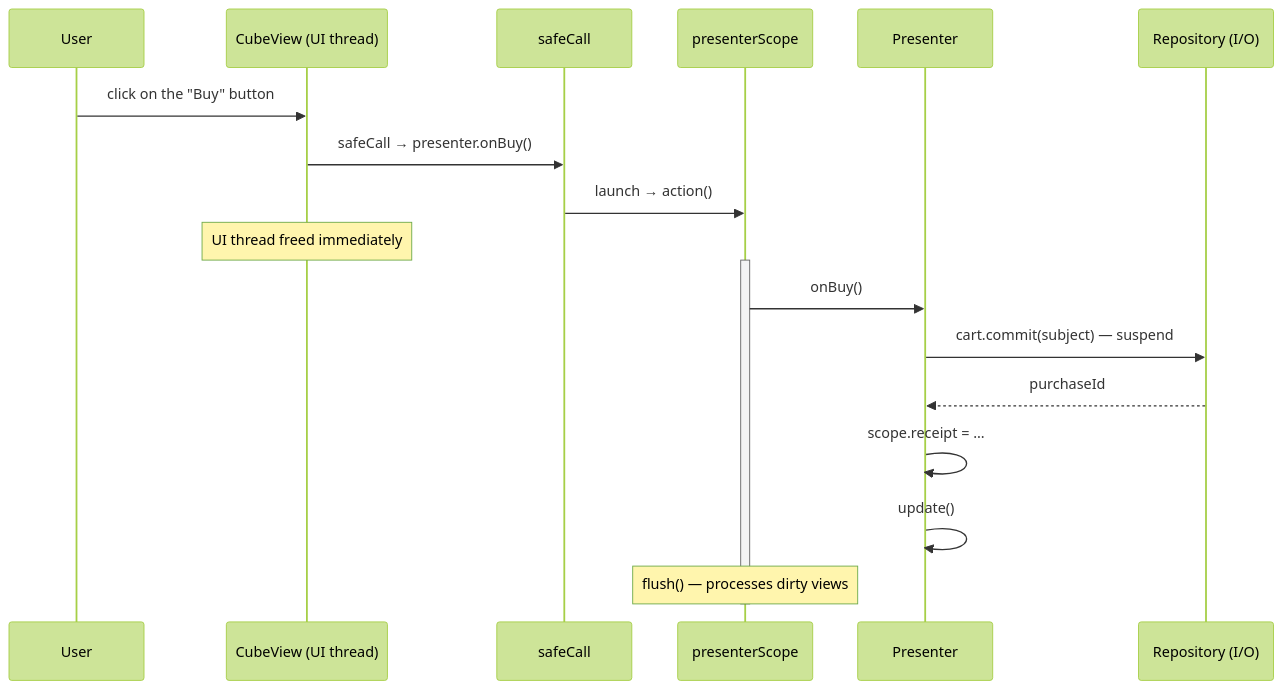
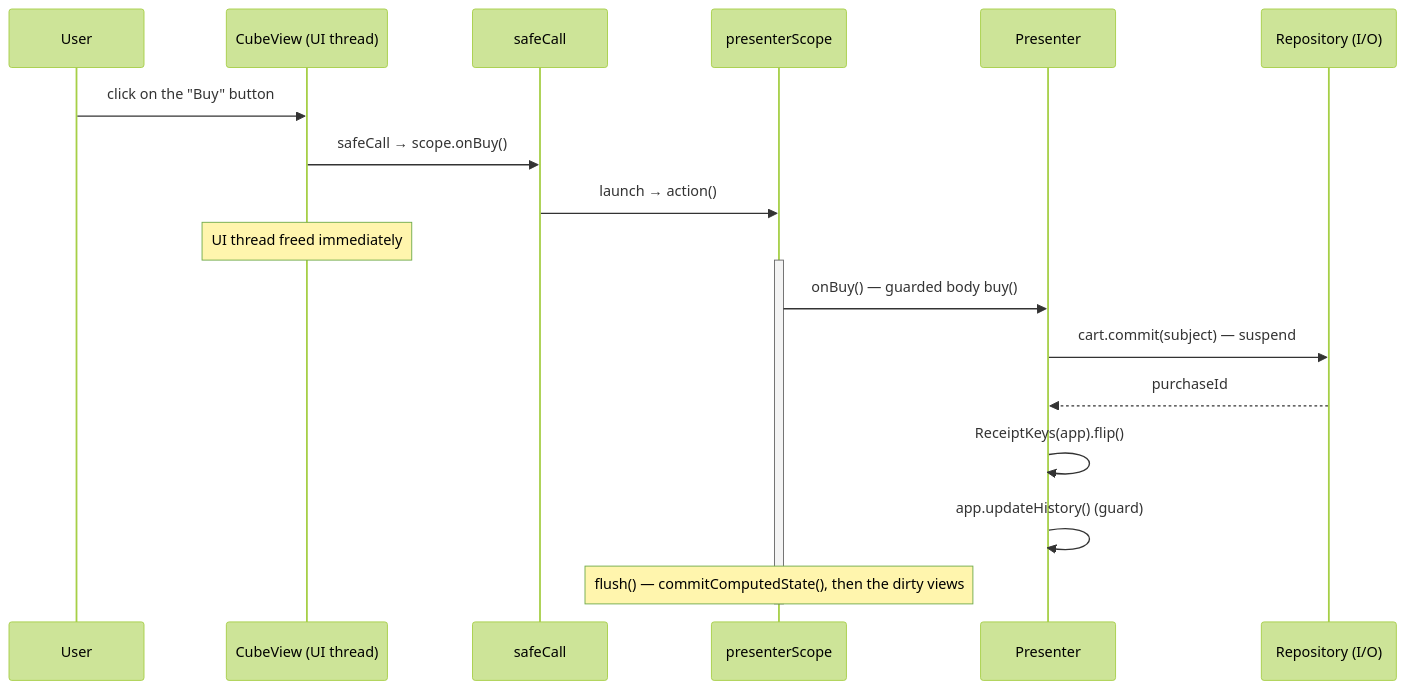
Diagram 13 of 19 in docs/architecture-cube.md (mrcdom/wdc-cube-kotlin), drawn with Mermaid (forest theme) before and after one commit. The commit also changed other lines of this file and 14 other files, not shown here.

````diff
--- a/docs/architecture-cube.md
+++ b/docs/architecture-cube.md
@@ -722,23 +819,23 @@
 ```mermaid
 sequenceDiagram
     participant User as User
     participant View as CubeView (UI thread)
     participant Safe as safeCall
     participant Scope as presenterScope
     participant Pres as Presenter
     participant Repo as Repository (I/O)
 
     User->>View: click on the "Buy" button
-    View->>Safe: safeCall → presenter.onBuy()
+    View->>Safe: safeCall → scope.onBuy()
     Safe->>Scope: launch → action()
     Note over View: UI thread freed immediately
 
     activate Scope
-    Scope->>Pres: onBuy()
+    Scope->>Pres: onBuy() — guarded body buy()
     Pres->>Repo: cart.commit(subject) — suspend
     Repo-->>Pres: purchaseId
-    Pres->>Pres: scope.receipt = ...
-    Pres->>Pres: update()
-    Note over Scope: flush() — processes dirty views
+    Pres->>Pres: ReceiptKeys(app).flip()
+    Pres->>Pres: app.updateHistory() (guard)
+    Note over Scope: flush() — commitComputedState(), then the dirty views
     deactivate Scope
 ```
````
